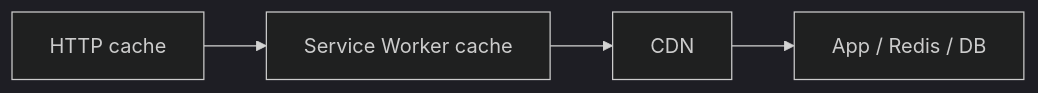
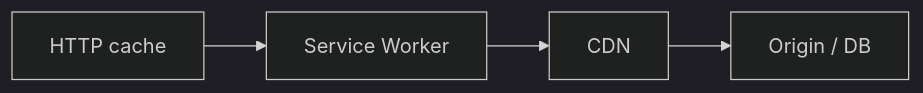
The sixth of 6 diagrams in docs/javascript/22-performance.md (prajjwaljogdand/FullstackPreparation), drawn with Mermaid (dark theme) before and after one commit. The commit also changed other lines of this file and 91 other files, not shown here.

````diff
--- a/docs/javascript/22-performance.md
+++ b/docs/javascript/22-performance.md
@@ -114,6 +307,6 @@
 ```mermaid
 flowchart LR
-  browser["HTTP cache"] --> sw["Service Worker cache"]
+  browser["HTTP cache"] --> sw["Service Worker"]
   sw --> cdn["CDN"]
-  cdn --> app["App / Redis / DB"]
+  cdn --> origin["Origin / DB"]
 ```
````
